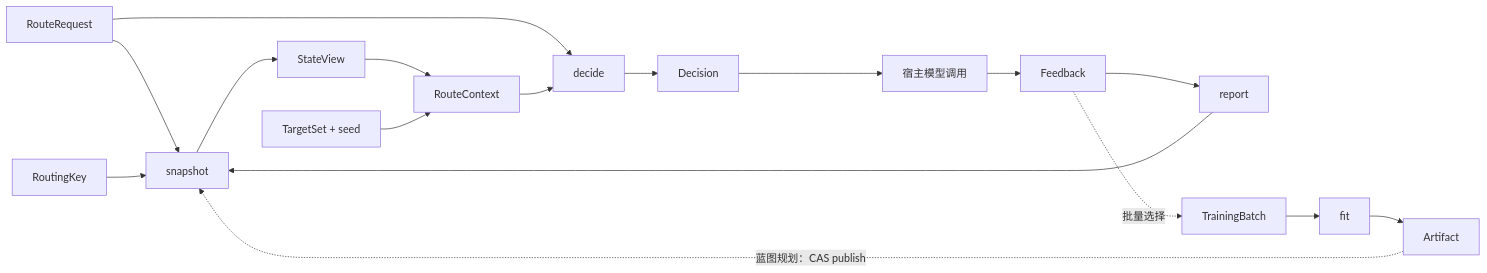
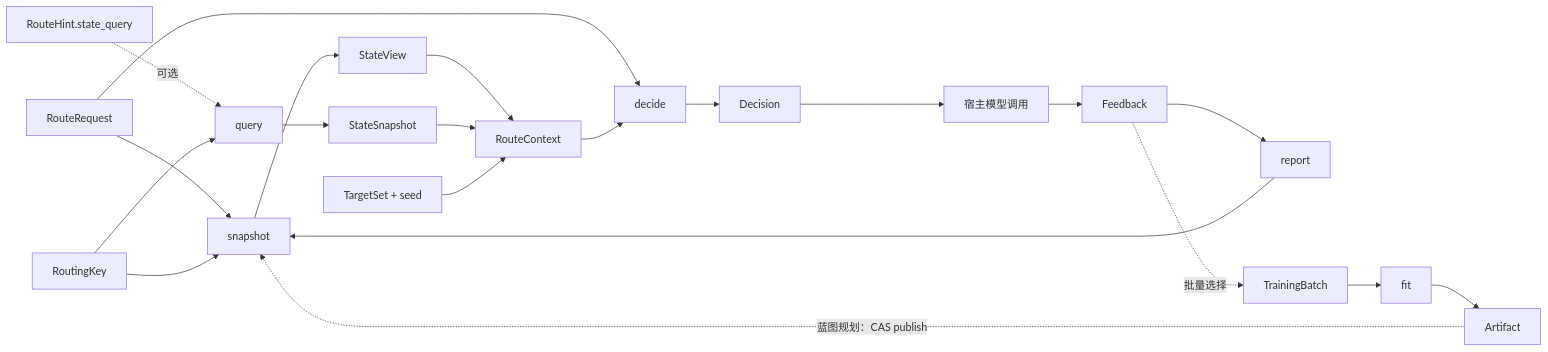
Before and after one commit to openJiuwen-ai/model-router: the third of 3 diagrams in docs/zh/architecture.md, drawn with Mermaid. The commit also changed other lines of this file and 20 other files, not shown here.

First line of the commit message:
feat(state): optional query() for finer state retrieval, a peer of snapshot

````diff
--- a/docs/zh/architecture.md
+++ b/docs/zh/architecture.md
@@ -317,20 +341,24 @@
 ```mermaid
 flowchart LR
     Request[RouteRequest] --> Snapshot[snapshot]
+    Hint[RouteHint.state_query] -.->|可选| Query[query]
     Key[RoutingKey] --> Snapshot
+    Key --> Query
     Snapshot --> View[StateView]
+    Query --> Snap[StateSnapshot]
     Request --> Decide[decide]
     View --> Context[RouteContext]
+    Snap --> Context
     Targets[TargetSet + seed] --> Context
     Context --> Decide
     Decide --> Decision[Decision]
     Decision --> HostCall[宿主模型调用]
     HostCall --> Feedback[Feedback]
     Feedback --> Report[report]
     Report --> Snapshot
 
     Feedback -.批量选择.-> Batch[TrainingBatch]
     Batch --> Fit[fit]
     Fit --> Artifact[Artifact]
     Artifact -.蓝图规划：CAS publish.-> Snapshot
 ```
````
